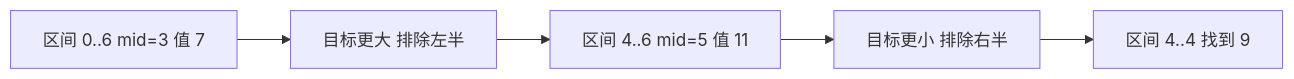
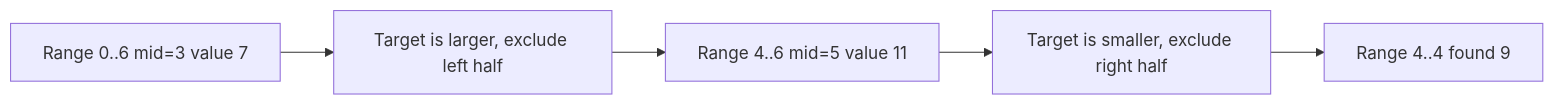
Before and after one commit to HONGLEI111/hhlblog-global: the first of 2 diagrams in src/content/technology/binary-search.md, drawn with Mermaid. The commit also changed other lines of this file and 33 other files, not shown here.

First line of the commit message:
content(code): 翻译 mermaid 图节点标签（34 文件 / 267 处）

````diff
--- a/src/content/technology/binary-search.md
+++ b/src/content/technology/binary-search.md
@@ -38,7 +38,7 @@
 ```mermaid
 graph LR
-    A[区间 0..6 mid=3 值 7] --> B[目标更大 排除左半]
-    B --> C[区间 4..6 mid=5 值 11]
-    C --> D[目标更小 排除右半]
-    D --> E[区间 4..4 找到 9]
+    A[Range 0..6 mid=3 value 7] --> B[Target is larger, exclude left half]
+    B --> C[Range 4..6 mid=5 value 11]
+    C --> D[Target is smaller, exclude right half]
+    D --> E[Range 4..4 found 9]
 ```
````
